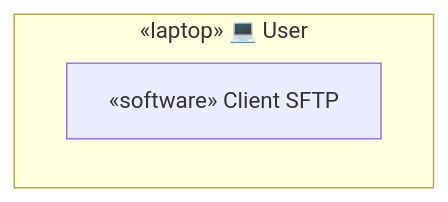
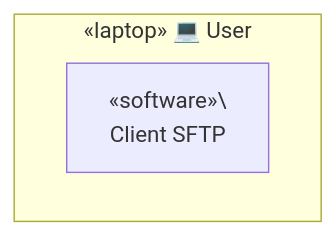
Before and after one commit to TrulyDigital/DATA_STREET: the second of 4 diagrams in server_sftp/README.md, drawn with Mermaid.

Commit message:
feat: server sftp

````diff
--- a/server_sftp/README.md
+++ b/server_sftp/README.md
@@ -14,6 +14,6 @@
 ```mermaid
 graph TD
     subgraph Container_A [«laptop» 💻 User]
-        A1[«software» Client SFTP]
+        A1[«software»\<br> Client SFTP]
     end
 ```
````
